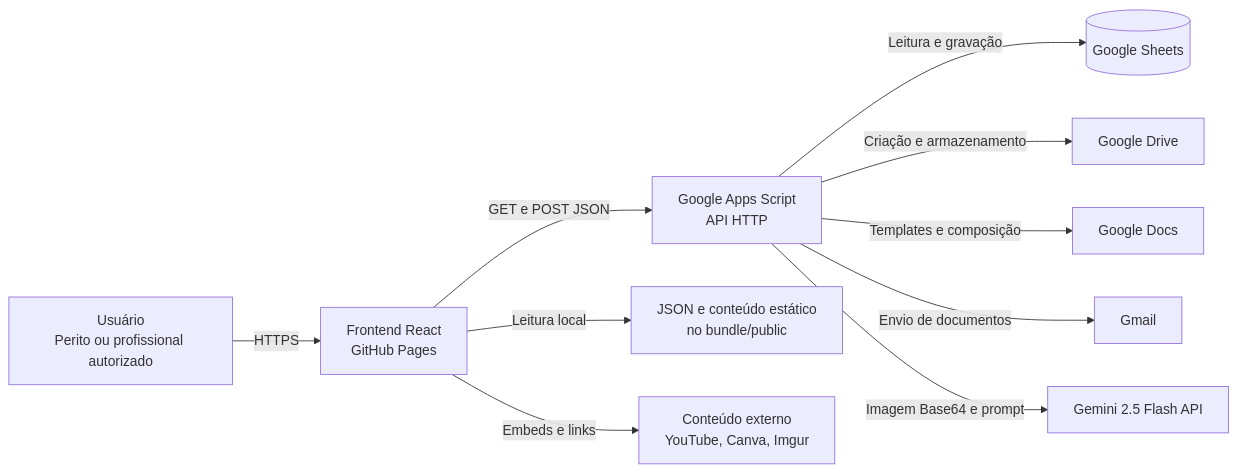
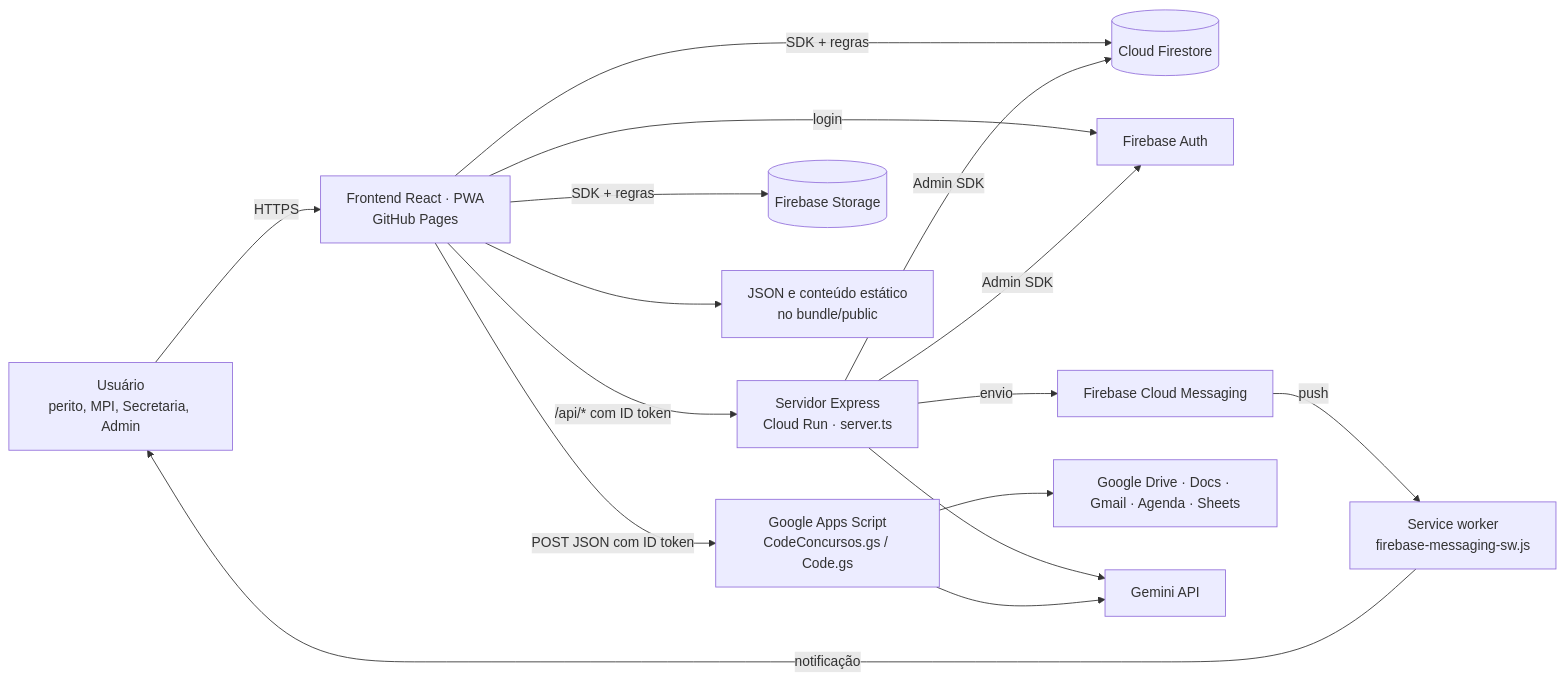
One commit to Mauriston/DoencasEPareceresJRS changed the first of 4 diagrams in docs/architecture.md. Above: the diagram before and after it, drawn with Mermaid. The commit also changed other lines of this file and 4 other files, not shown here.

````diff
--- a/docs/architecture.md
+++ b/docs/architecture.md
@@ -22,23 +25,31 @@
 ```mermaid
 flowchart LR
-    U[Usuário<br/>Perito ou profissional autorizado]
-    FE[Frontend React<br/>GitHub Pages]
-    GAS[Google Apps Script<br/>API HTTP]
-    SS[(Google Sheets)]
-    GD[Google Drive]
-    DOCS[Google Docs]
-    MAIL[Gmail]
-    GEMINI[Gemini 2.5 Flash API]
+    U[Usuário<br/>perito, MPI, Secretaria, Admin]
+    FE[Frontend React · PWA<br/>GitHub Pages]
+    SW[Service worker<br/>firebase-messaging-sw.js]
+    RUN[Servidor Express<br/>Cloud Run · server.ts]
+    GAS[Google Apps Script<br/>CodeConcursos.gs / Code.gs]
+    FS[(Cloud Firestore)]
+    ST[(Firebase Storage)]
+    AUTH[Firebase Auth]
+    FCM[Firebase Cloud Messaging]
+    GW[Google Drive · Docs · Gmail · Agenda · Sheets]
+    GEMINI[Gemini API]
     STATIC[JSON e conteúdo estático<br/>no bundle/public]
-    EXT[Conteúdo externo<br/>YouTube, Canva, Imgur]
 
     U -->|HTTPS| FE
-    FE -->|Leitura local| STATIC
-    FE -->|GET e POST JSON| GAS
-    FE -->|Embeds e links| EXT
-    GAS -->|Leitura e gravação| SS
-    GAS -->|Criação e armazenamento| GD
-    GAS -->|Templates e composição| DOCS
-    GAS -->|Envio de documentos| MAIL
-    GAS -->|Imagem Base64 e prompt| GEMINI
+    FE --> STATIC
+    FE -->|SDK + regras| FS
+    FE -->|SDK + regras| ST
+    FE -->|login| AUTH
+    FE -->|/api/* com ID token| RUN
+    FE -->|POST JSON com ID token| GAS
+    RUN -->|Admin SDK| FS
+    RUN -->|Admin SDK| AUTH
+    RUN -->|envio| FCM
+    RUN --> GEMINI
+    FCM -->|push| SW
+    SW -->|notificação| U
+    GAS --> GW
+    GAS --> GEMINI
 ```
````
